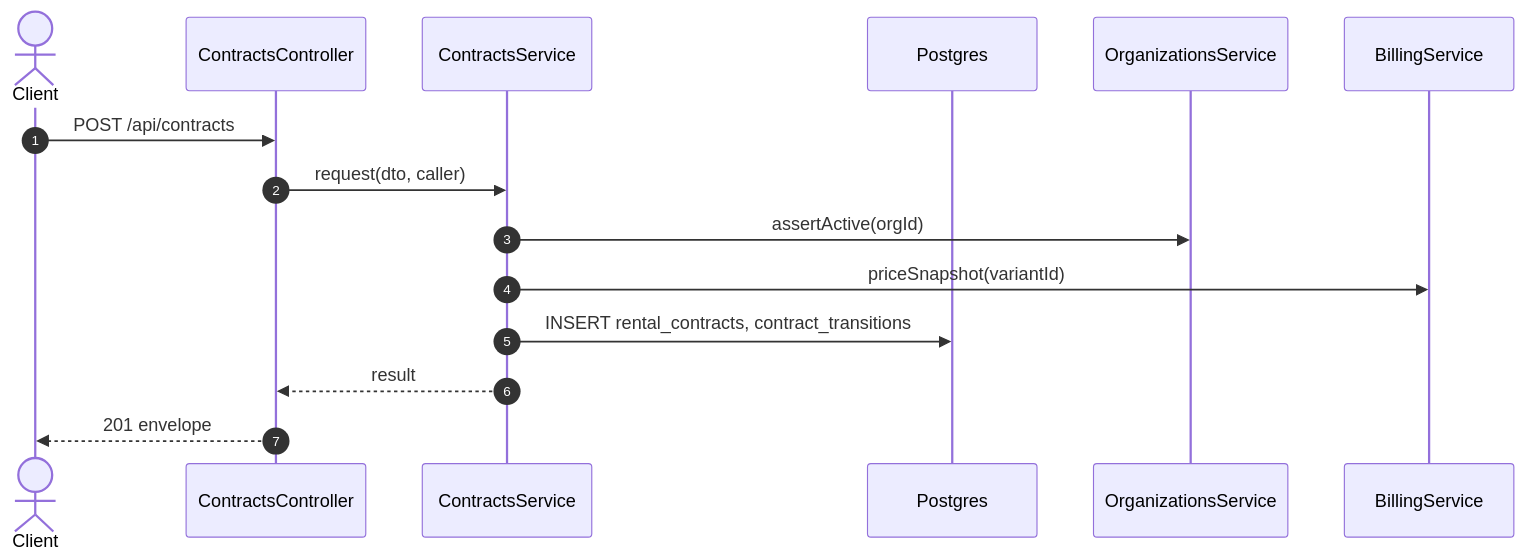
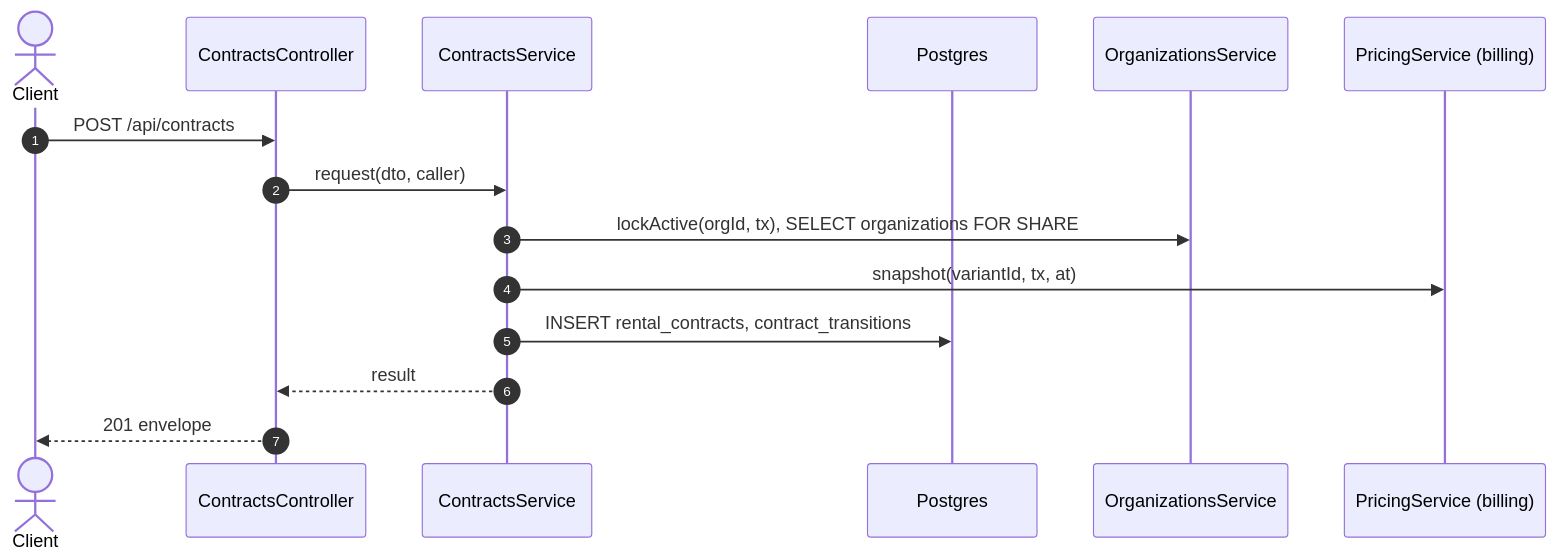
One commit to TrekLink-Team/treklink-web changed the second of 2 diagrams in specs/rentals/api-design/01-post-contracts.md. Above: the diagram before and after it, drawn with Mermaid. The commit also changed other lines of this file and 7 other files, not shown here.

````diff
--- a/specs/rentals/api-design/01-post-contracts.md
+++ b/specs/rentals/api-design/01-post-contracts.md
@@ -261,17 +261,17 @@
 ```mermaid
 sequenceDiagram
     autonumber
     actor C as Client
     participant Ctl as ContractsController
     participant Svc as ContractsService
     participant DB as Postgres
     participant Org as OrganizationsService
-    participant Bill as BillingService
+    participant Bill as PricingService (billing)
     C->>Ctl: POST /api/contracts
     Ctl->>Svc: request(dto, caller)
-    Svc->>Org: assertActive(orgId)
-    Svc->>Bill: priceSnapshot(variantId)
+    Svc->>Org: lockActive(orgId, tx), SELECT organizations FOR SHARE
+    Svc->>Bill: snapshot(variantId, tx, at)
     Svc->>DB: INSERT rental_contracts, contract_transitions
     Svc-->>Ctl: result
     Ctl-->>C: 201 envelope
 ```
````
